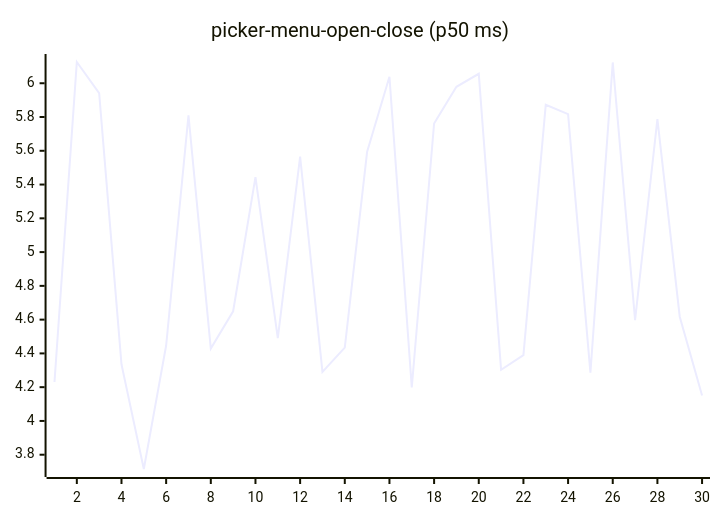
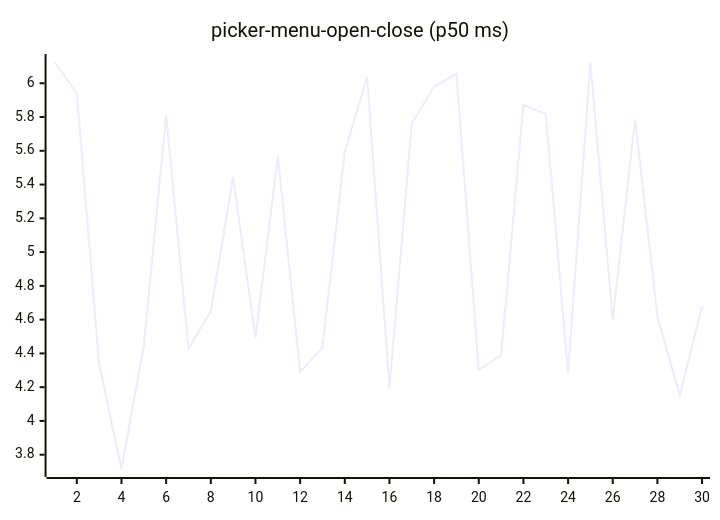
Before and after one commit to josha/Facet: diagram 16 of 27 in README.md, drawn with Mermaid. The commit also changed other lines of this file and 2 other files, not shown here.

````diff
--- a/README.md
+++ b/README.md
@@ -168,6 +168,6 @@
 ```mermaid
 xychart-beta
     title "picker-menu-open-close (p50 ms)"
     x-axis 1 --> 30
-    line [4.2307, 6.1258, 5.9413, 4.3353, 3.7154, 4.4466, 5.8101, 4.4287, 4.6495, 5.4442, 4.4899, 5.5654, 4.2905, 4.4342, 5.5941, 6.0384, 4.1981, 5.7619, 5.9791, 6.0560, 4.3027, 4.3902, 5.8724, 5.8169, 4.2859, 6.1231, 4.5970, 5.7880, 4.6174, 4.1511]
+    line [6.1258, 5.9413, 4.3353, 3.7154, 4.4466, 5.8101, 4.4287, 4.6495, 5.4442, 4.4899, 5.5654, 4.2905, 4.4342, 5.5941, 6.0384, 4.1981, 5.7619, 5.9791, 6.0560, 4.3027, 4.3902, 5.8724, 5.8169, 4.2859, 6.1231, 4.5970, 5.7880, 4.6174, 4.1511, 4.6804]
 ```
````
